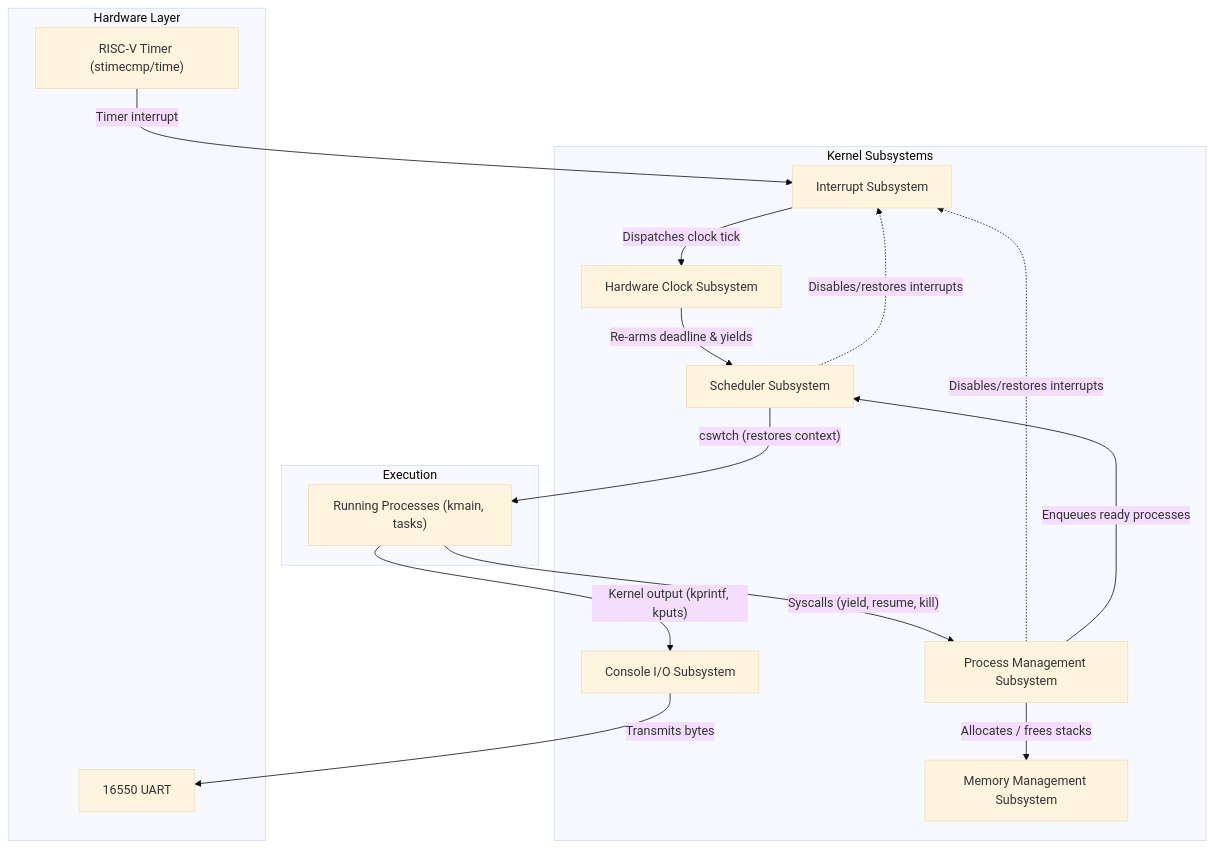
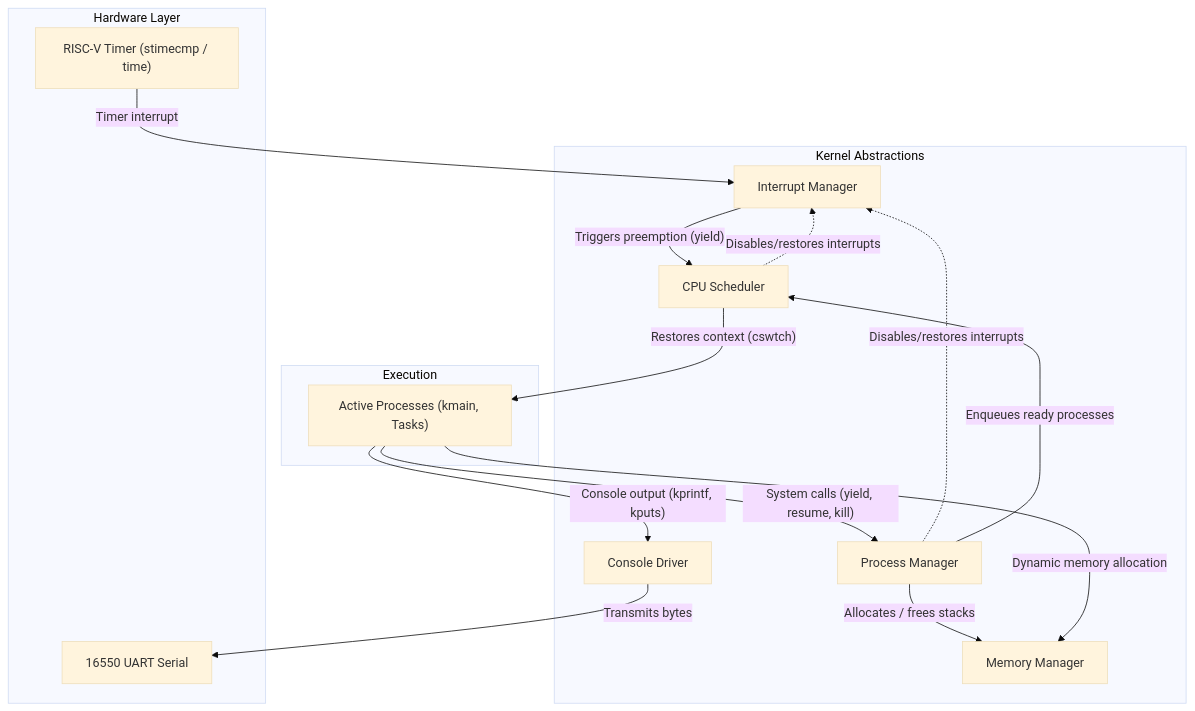
Before and after one commit to AtesIsf/Rio: the diagram in README.md, drawn with Mermaid (base theme). The commit also changed other lines of this file, not shown here.

Commit message:
revised flowchart and moved it below project structure

````diff
--- a/README.md
+++ b/README.md
@@ -62,39 +100,38 @@
 ```mermaid
 flowchart TD
     subgraph Hardware ["Hardware Layer"]
-        HW_TIMER["RISC-V Timer (stimecmp/time)"]
-        HW_UART["16550 UART"]
+        HW_TIMER["RISC-V Timer (stimecmp / time)"]
+        HW_UART["16550 UART Serial"]
     end
 
-    subgraph Core ["Kernel Subsystems"]
-        INT["Interrupt Subsystem"]
-        CLOCK["Hardware Clock Subsystem"]
-        SCHED["Scheduler Subsystem"]
-        PROC["Process Management Subsystem"]
-        MEM["Memory Management Subsystem"]
-        CONSOLE["Console I/O Subsystem"]
+    subgraph Core ["Kernel Abstractions"]
+        INT["Interrupt Manager"]
+        SCHED["CPU Scheduler"]
+        PROC["Process Manager"]
+        MEM["Memory Manager"]
+        CONSOLE["Console Driver"]
     end
 
     subgraph Exec ["Execution"]
-        TASKS["Running Processes (kmain, tasks)"]
+        TASKS["Active Processes (kmain, Tasks)"]
     end
 
     %% Preemption / Clock Flow
     HW_TIMER -->|"Timer interrupt"| INT
-    INT -->|"Dispatches clock tick"| CLOCK
-    CLOCK -->|"Re-arms deadline & yields"| SCHED
+    INT -->|"Triggers preemption (yield)"| SCHED
 
     %% Concurrency & Critical Sections
     SCHED -.->|"Disables/restores interrupts"| INT
     PROC -.->|"Disables/restores interrupts"| INT
 
     %% Process & Memory Interactions
     PROC -->|"Allocates / frees stacks"| MEM
     PROC -->|"Enqueues ready processes"| SCHED
 
     %% Scheduling & Process Execution
-    SCHED -->|"cswtch (restores context)"| TASKS
-    TASKS -->|"Syscalls (yield, resume, kill)"| PROC
-    TASKS -->|"Kernel output (kprintf, kputs)"| CONSOLE
+    SCHED -->|"Restores context (cswtch)"| TASKS
+    TASKS -->|"System calls (yield, resume, kill)"| PROC
+    TASKS -->|"Dynamic memory allocation"| MEM
+    TASKS -->|"Console output (kprintf, kputs)"| CONSOLE
     CONSOLE -->|"Transmits bytes"| HW_UART
 ```
````
